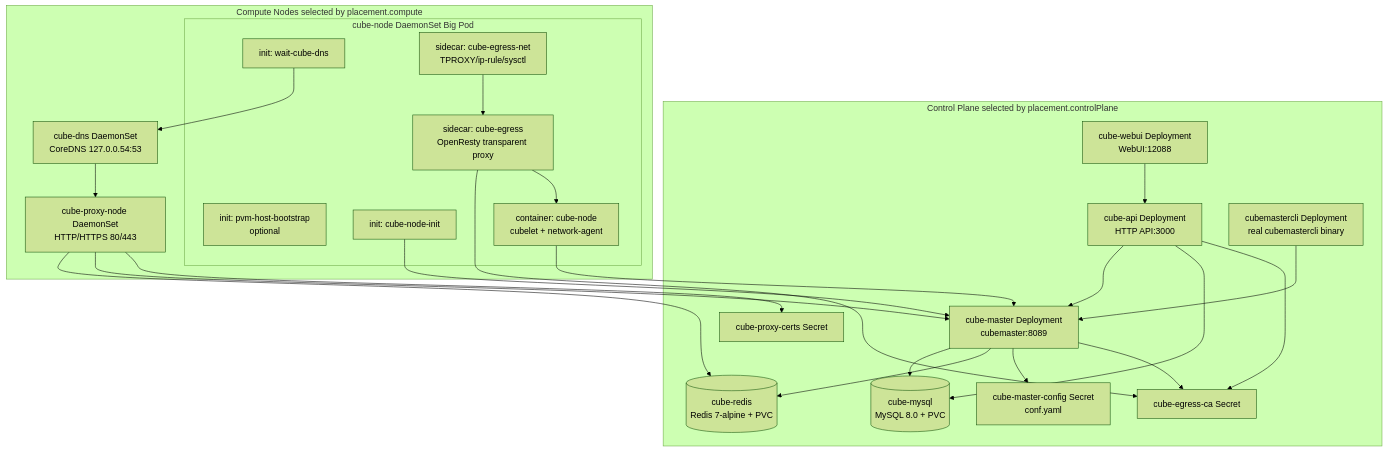
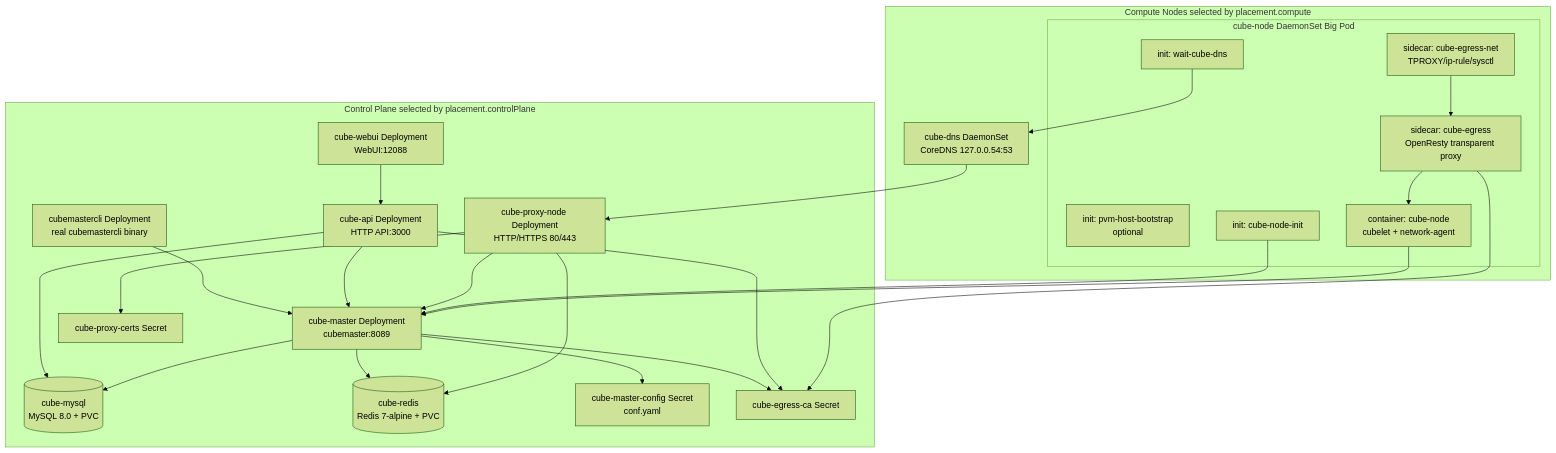
The first of 11 diagrams in deploy/kubernetes/chart/docs/ARCHITECTURE.md (pavlelee/CubeSandbox), drawn with Mermaid (forest theme) before and after one commit. The commit also changed other lines of this file and 20 other files, not shown here.

Commit message:
feat(kubernetes): align chart deployment layout

````diff
--- a/deploy/kubernetes/chart/docs/ARCHITECTURE.md
+++ b/deploy/kubernetes/chart/docs/ARCHITECTURE.md
@@ -21,47 +21,47 @@
 ```mermaid
 flowchart TB
   subgraph CP["Control Plane selected by placement.controlPlane"]
     CM["cube-master Deployment\ncubemaster:8089"]
     API["cube-api Deployment\nHTTP API:3000"]
     WEB["cube-webui Deployment\nWebUI:12088"]
     CLI["cubemastercli Deployment\nreal cubemastercli binary"]
     MYSQL[("cube-mysql\nMySQL 8.0 + PVC")]
     REDIS[("cube-redis\nRedis 7-alpine + PVC")]
+    PROXY["cube-proxy-node Deployment\nHTTP/HTTPS 80/443"]
     CMS["cube-master-config Secret\nconf.yaml"]
     CA["cube-egress-ca Secret"]
     CERT["cube-proxy-certs Secret"]
   end
 
   subgraph COMPUTE["Compute Nodes selected by placement.compute"]
     DNS["cube-dns DaemonSet\nCoreDNS 127.0.0.54:53"]
-    PROXY["cube-proxy-node DaemonSet\nHTTP/HTTPS 80/443"]
     subgraph NODE["cube-node DaemonSet Big Pod"]
       WAITDNS["init: wait-cube-dns"]
       PVM["init: pvm-host-bootstrap\noptional"]
       INIT["init: cube-node-init"]
       CUBELET["container: cube-node\ncubelet + network-agent"]
       EG["sidecar: cube-egress\nOpenResty transparent proxy"]
       EGNET["sidecar: cube-egress-net\nTPROXY/ip-rule/sysctl"]
     end
   end
 
   WEB --> API
   CLI --> CM
   API --> CM
   API --> MYSQL
   CM --> MYSQL
   CM --> REDIS
   CM --> CMS
   CM --> CA
   API --> CA
   PROXY --> REDIS
   PROXY --> CM
   PROXY --> CERT
   DNS --> PROXY
   WAITDNS --> DNS
   INIT --> CM
   CUBELET --> CM
   EG --> CA
   EG --> CUBELET
   EGNET --> EG
 ```
````
